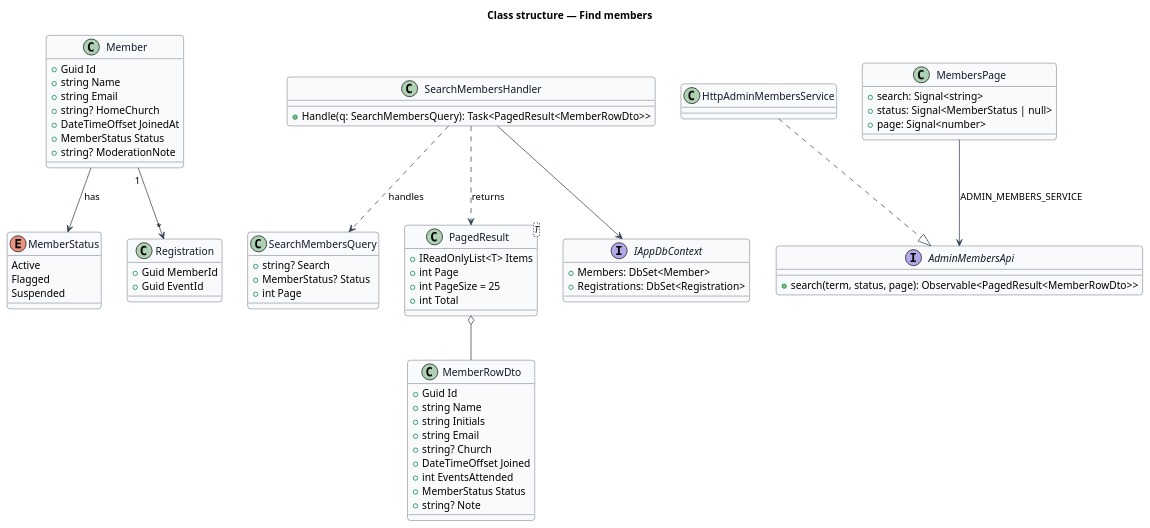
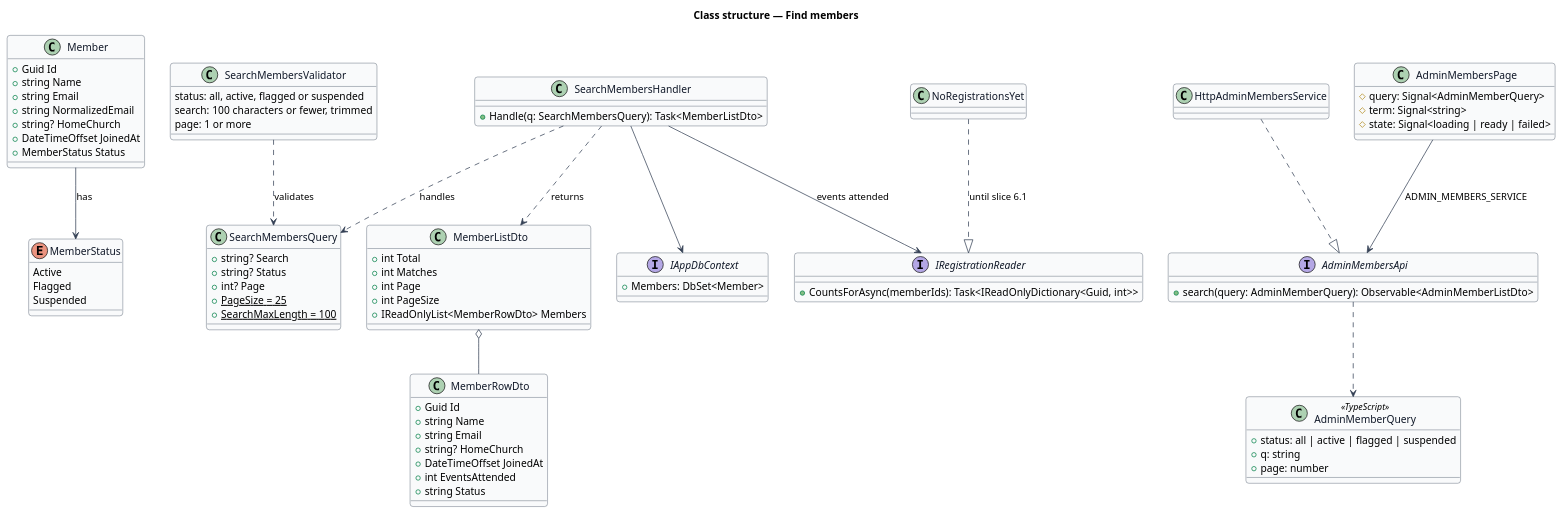
The diagram in docs/detailed-designs/admin-moderation/find-members/diagrams/class-structure.puml (QuinntyneBrown/christian-fitness), drawn with PlantUML before and after one commit. The commit also changed 12 other files, not shown here.

```diff
--- a/docs/detailed-designs/admin-moderation/find-members/diagrams/class-structure.puml
+++ b/docs/detailed-designs/admin-moderation/find-members/diagrams/class-structure.puml
@@ -1,78 +1,91 @@
 @startuml
 skinparam backgroundColor #FFFFFF
 skinparam shadowing false
 skinparam roundcorner 8
 skinparam defaultFontName Arial
 skinparam ArrowColor #344054
 skinparam class {
   BorderColor #344054
   FontColor #101828
   BackgroundColor #F9FAFB
 }
 title Class structure — Find members
 
 enum MemberStatus {
   Active
   Flagged
   Suspended
 }
 class Member {
   +Guid Id
   +string Name
   +string Email
+  +string NormalizedEmail
   +string? HomeChurch
   +DateTimeOffset JoinedAt
   +MemberStatus Status
-  +string? ModerationNote
-}
-class Registration {
-  +Guid MemberId
-  +Guid EventId
 }
 class SearchMembersQuery {
   +string? Search
-  +MemberStatus? Status
-  +int Page
+  +string? Status
+  +int? Page
+  +{static} PageSize = 25
+  +{static} SearchMaxLength = 100
+}
+class SearchMembersValidator {
+  status: all, active, flagged or suspended
+  search: 100 characters or fewer, trimmed
+  page: 1 or more
 }
 class MemberRowDto {
   +Guid Id
   +string Name
-  +string Initials
   +string Email
-  +string? Church
-  +DateTimeOffset Joined
+  +string? HomeChurch
+  +DateTimeOffset JoinedAt
   +int EventsAttended
-  +MemberStatus Status
-  +string? Note
+  +string Status
 }
-class PagedResult<T> {
-  +IReadOnlyList<T> Items
+class MemberListDto {
+  +int Total
+  +int Matches
   +int Page
-  +int PageSize = 25
-  +int Total
+  +int PageSize
+  +IReadOnlyList<MemberRowDto> Members
 }
 class SearchMembersHandler {
-  +Handle(q: SearchMembersQuery): Task<PagedResult<MemberRowDto>>
+  +Handle(q: SearchMembersQuery): Task<MemberListDto>
 }
 interface IAppDbContext {
   +Members: DbSet<Member>
-  +Registrations: DbSet<Registration>
 }
+interface IRegistrationReader {
+  +CountsForAsync(memberIds): Task<IReadOnlyDictionary<Guid, int>>
+}
+class NoRegistrationsYet
 interface AdminMembersApi {
-  +search(term, status, page): Observable<PagedResult<MemberRowDto>>
+  +search(query: AdminMemberQuery): Observable<AdminMemberListDto>
+}
+class AdminMemberQuery <<TypeScript>> {
+  +status: all | active | flagged | suspended
+  +q: string
+  +page: number
 }
 class HttpAdminMembersService
-class MembersPage {
-  +search: Signal<string>
-  +status: Signal<MemberStatus | null>
-  +page: Signal<number>
+class AdminMembersPage {
+  #query: Signal<AdminMemberQuery>
+  #term: Signal<string>
+  #state: Signal<loading | ready | failed>
 }
 Member --> MemberStatus : has
-Member "1" --> "*" Registration
+SearchMembersValidator ..> SearchMembersQuery : validates
 SearchMembersHandler ..> SearchMembersQuery : handles
-SearchMembersHandler ..> PagedResult : returns
-PagedResult o-- MemberRowDto
+SearchMembersHandler ..> MemberListDto : returns
+MemberListDto o-- MemberRowDto
 SearchMembersHandler --> IAppDbContext
+SearchMembersHandler --> IRegistrationReader : events attended
+NoRegistrationsYet ..|> IRegistrationReader : until slice 6.1
 HttpAdminMembersService ..|> AdminMembersApi
-MembersPage --> AdminMembersApi : ADMIN_MEMBERS_SERVICE
+AdminMembersApi ..> AdminMemberQuery
+AdminMembersPage --> AdminMembersApi : ADMIN_MEMBERS_SERVICE
 @enduml
```
